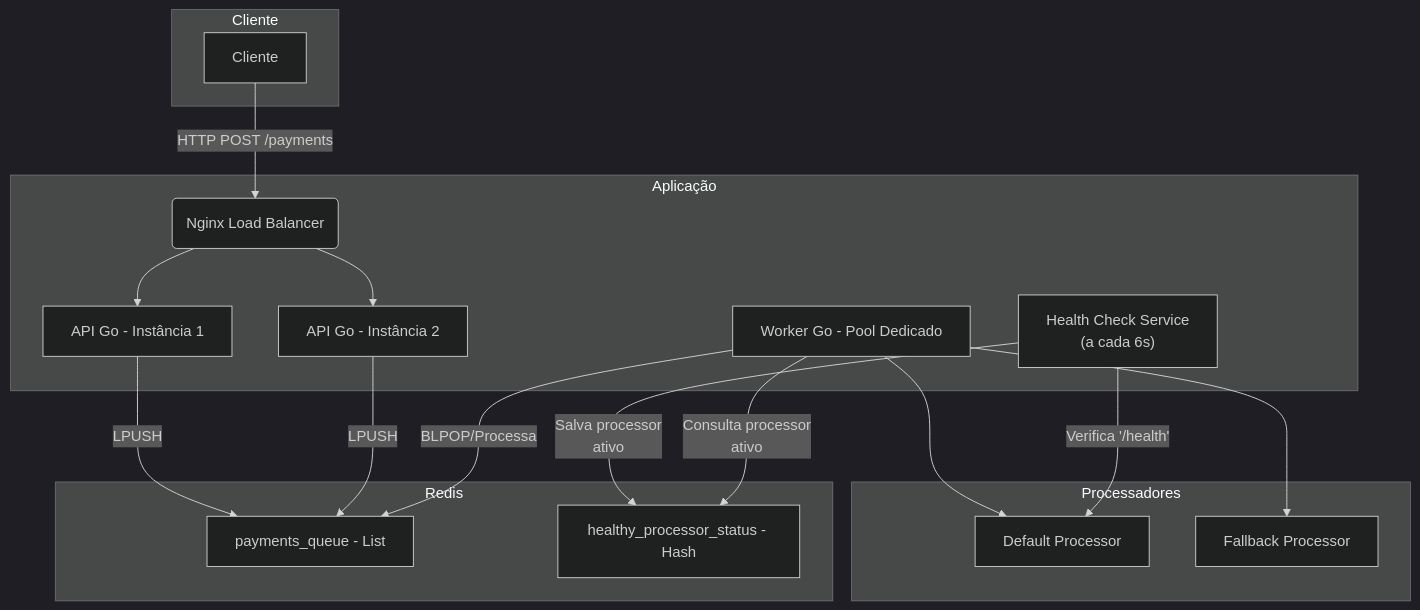
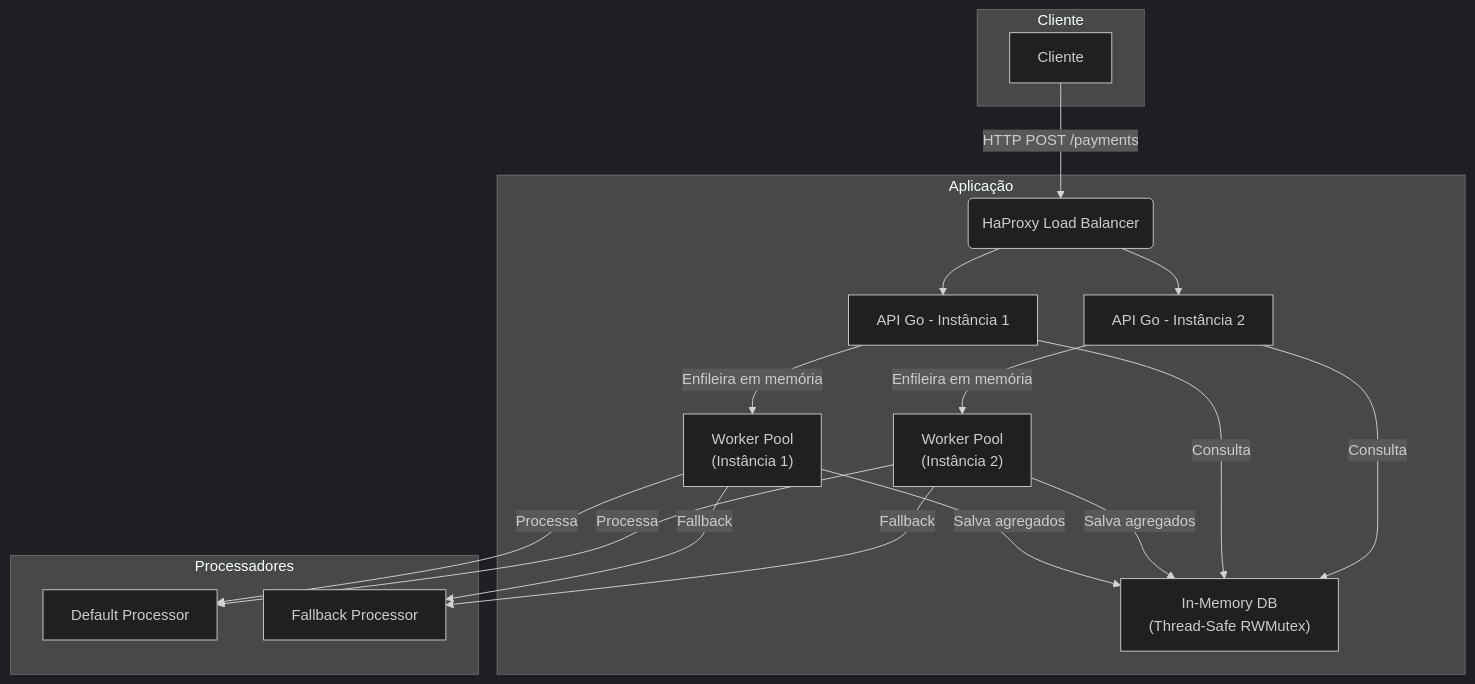
The diagram in README.md (rodrigo-militao/go-rinha-backend-2025), drawn with Mermaid (dark theme) before and after one commit. The commit also changed other lines of this file, not shown here.

````diff
--- a/README.md
+++ b/README.md
@@ -9,37 +11,37 @@
 ```mermaid
 graph TD
     subgraph Cliente
         A[Cliente]
     end
 
     subgraph Aplicação
-        B(Nginx Load Balancer)
+        B(HaProxy Load Balancer)
         C1[API Go - Instância 1]
         C2[API Go - Instância 2]
-        D[Worker Go - Pool Dedicado]
-        I["Health Check Service<br/>(a cada 6s)"]
-    end
-
-    subgraph Redis
-        E[payments_queue - List]
-        F[healthy_processor_status - Hash]
+        D1["Worker Pool<br/>(Instância 1)"]
+        D2["Worker Pool<br/>(Instância 2)"]
+        F["In-Memory DB<br/>(Thread-Safe RWMutex)"]
     end
 
     subgraph Processadores
         G[Default Processor]
         H[Fallback Processor]
     end
 
     A -->|HTTP POST /payments| B
     B --> C1
     B --> C2
-    C1 -->|LPUSH| E
-    C2 -->|LPUSH| E
-    D -->|BLPOP/Processa| E
-    D --> G
-    D --> H
+    C1 -->|Enfileira em memória| D1
+    C2 -->|Enfileira em memória| D2
 
-    I -->|Verifica '/health'| G
-    I -->|"Salva processor<br/>ativo"| F
-    D -->|"Consulta processor<br/>ativo"| F
+    D1 -->|Processa| G
+    D2 -->|Processa| G
+    D1 -->|Fallback| H
+    D2 -->|Fallback| H
+
+    D1 -->|Salva agregados| F
+    D2 -->|Salva agregados| F
+
+    C1 -->|Consulta| F
+    C2 -->|Consulta| F
 ```
````
